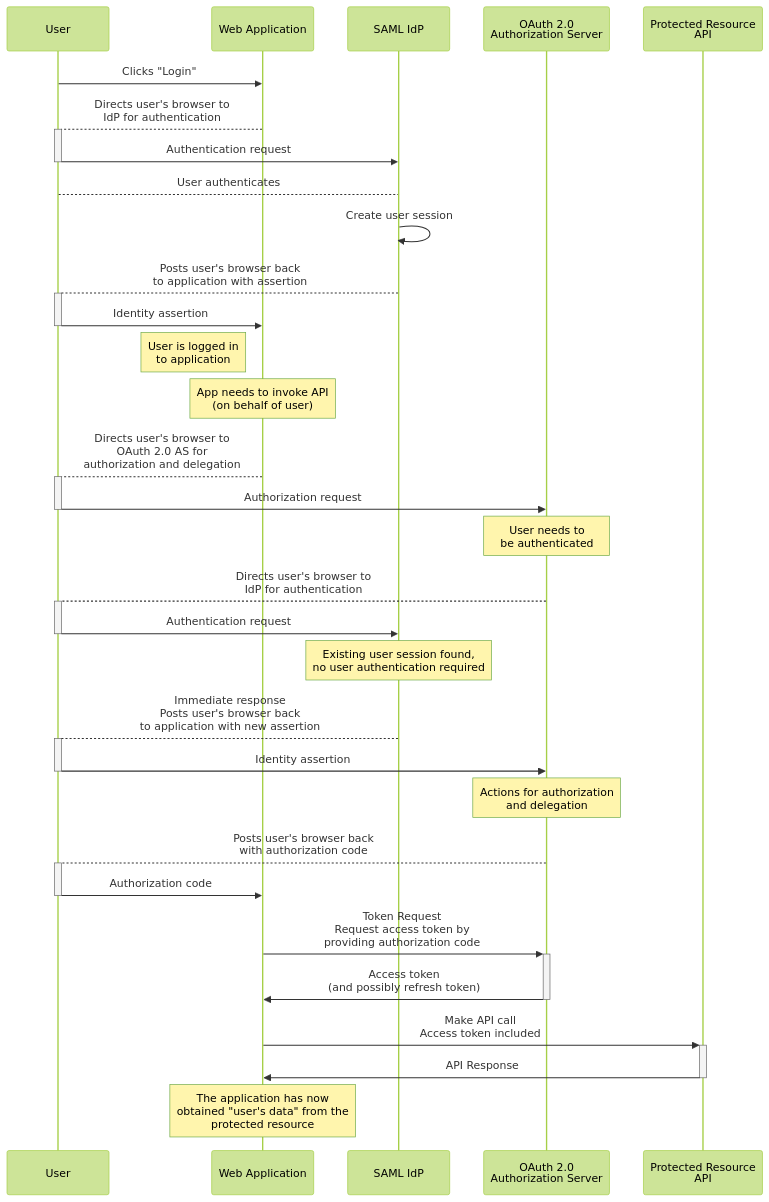
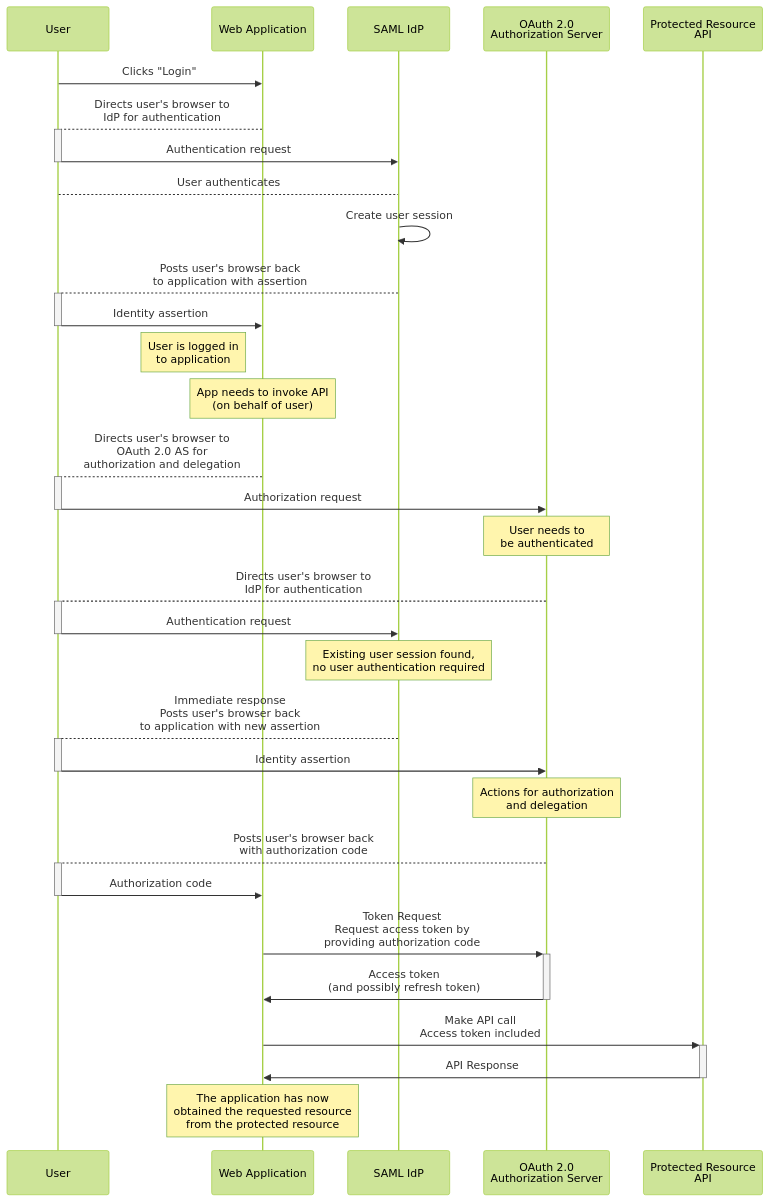
Before and after one commit to ena-infrastructure/specifications: the third of 3 diagrams in ena-oauth2-authn-bp.md, drawn with Mermaid (forest theme). The commit also changed other lines of this file, not shown here.

````diff
--- a/ena-oauth2-authn-bp.md
+++ b/ena-oauth2-authn-bp.md
@@ -237,38 +235,38 @@
 ```mermaid
 sequenceDiagram
 participant User as Användare
     participant User as User
     participant App as Web Application
     participant IdP as SAML IdP
     participant AS as OAuth 2.0<br />Authorization Server
     participant API as Protected Resource<br />API
 
     User->>App: Clicks "Login"
     App-->+User: Directs user's browser to<br />IdP for authentication
     User->>-IdP: Authentication request
     User-->IdP: User authenticates
     IdP->>IdP: Create user session
     IdP-->+User: Posts user's browser back<br />to application with assertion
     User->>-App: Identity assertion
     Note left of App: User is logged in<br />to application
 
     Note over App: App needs to invoke API<br />(on behalf of user)
     App-->+User: Directs user's browser to<br />OAuth 2.0 AS for<br />authorization and delegation
     User->>-AS: Authorization request
     Note over AS: User needs to<br />be authenticated
     AS-->+User: Directs user's browser to<br />IdP for authentication
     User->>-IdP: Authentication request
 
     Note over IdP: Existing user session found,<br />no user authentication required
     IdP-->+User: Immediate response<br />Posts user's browser back<br />to application with new assertion
     User->>-AS: Identity assertion
     Note over AS: Actions for authorization<br />and delegation
     AS-->+User: Posts user's browser back<br />with authorization code
     User->>-App: Authorization code
     App->>+AS: Token Request<br />Request access token by<br />providing authorization code
     AS->>-App: Access token<br />(and possibly refresh token)
 
     App->>+API: Make API call<br />Access token included
     API->>-App: API Response
-    Note over App: The application has now<br />obtained "user's data" from the<br />protected resource
+    Note over App: The application has now<br />obtained the requested resource<br />from the protected resource
 ```
````
